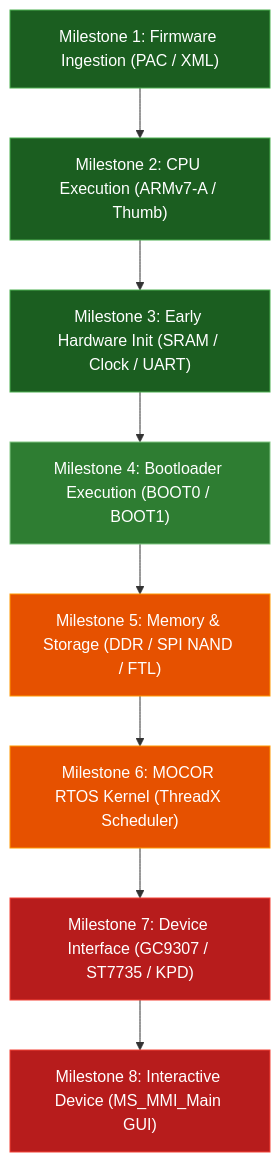
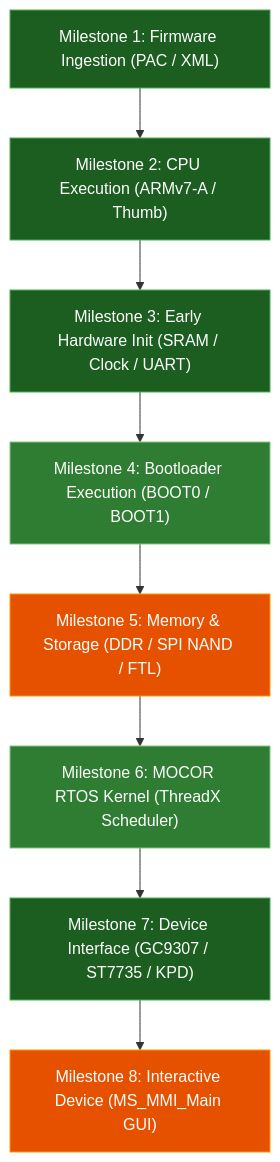
Before and after one commit to lovelytingy/Nokia-2660-Emulator: the diagram in ROADMAP.md, drawn with Mermaid. The commit also changed other lines of this file, not shown here.

Commit message:
docs(roadmap): update boot milestones to reflect M7 completion and M8 progress

````diff
--- a/ROADMAP.md
+++ b/ROADMAP.md
@@ -12,19 +12,19 @@
 ```mermaid
 flowchart TD
     M1["Milestone 1: Firmware Ingestion (PAC / XML)"] --> M2["Milestone 2: CPU Execution (ARMv7-A / Thumb)"]
     M2 --> M3["Milestone 3: Early Hardware Init (SRAM / Clock / UART)"]
     M3 --> M4["Milestone 4: Bootloader Execution (BOOT0 / BOOT1)"]
     M4 --> M5["Milestone 5: Memory & Storage (DDR / SPI NAND / FTL)"]
     M5 --> M6["Milestone 6: MOCOR RTOS Kernel (ThreadX Scheduler)"]
     M6 --> M7["Milestone 7: Device Interface (GC9307 / ST7735 / KPD)"]
     M7 --> M8["Milestone 8: Interactive Device (MS_MMI_Main GUI)"]
 
     style M1 fill:#1b5e20,stroke:#4caf50,color:#fff
     style M2 fill:#1b5e20,stroke:#4caf50,color:#fff
     style M3 fill:#1b5e20,stroke:#4caf50,color:#fff
     style M4 fill:#2e7d32,stroke:#81c784,color:#fff
     style M5 fill:#e65100,stroke:#ff9800,color:#fff
-    style M6 fill:#e65100,stroke:#ff9800,color:#fff
-    style M7 fill:#b71c1c,stroke:#f44336,color:#fff
-    style M8 fill:#b71c1c,stroke:#f44336,color:#fff
+    style M6 fill:#2e7d32,stroke:#81c784,color:#fff
+    style M7 fill:#1b5e20,stroke:#4caf50,color:#fff
+    style M8 fill:#e65100,stroke:#ff9800,color:#fff
 ```
````
